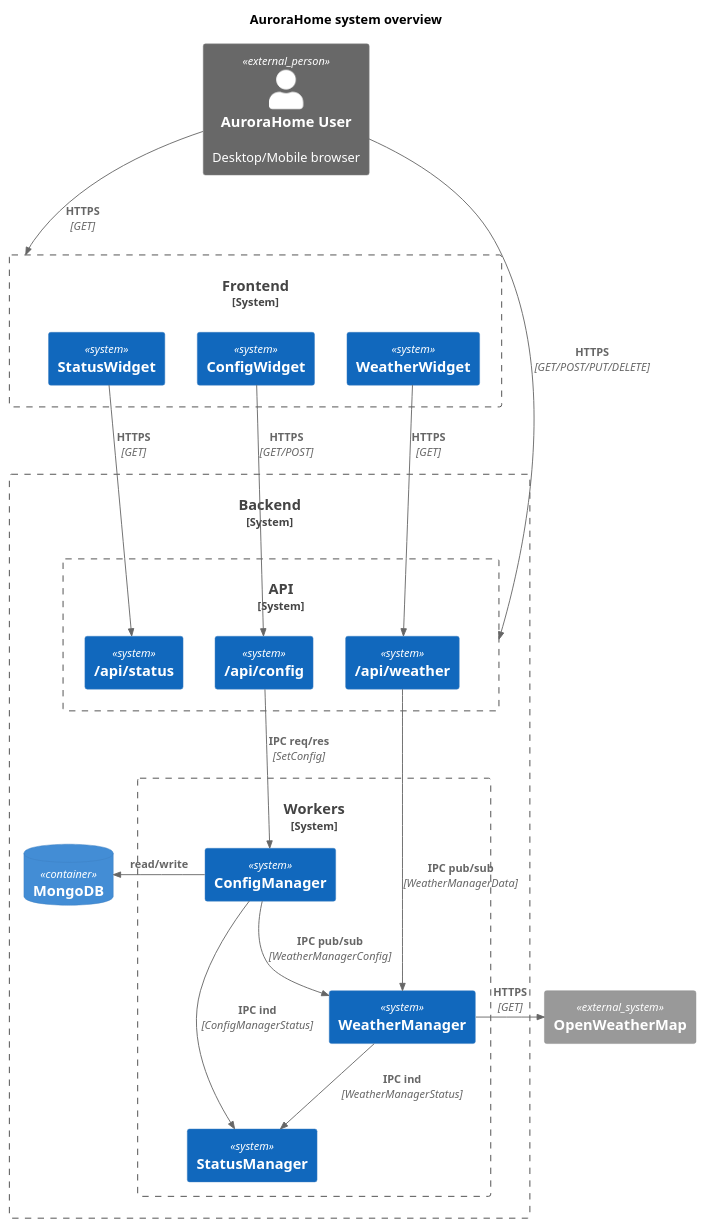
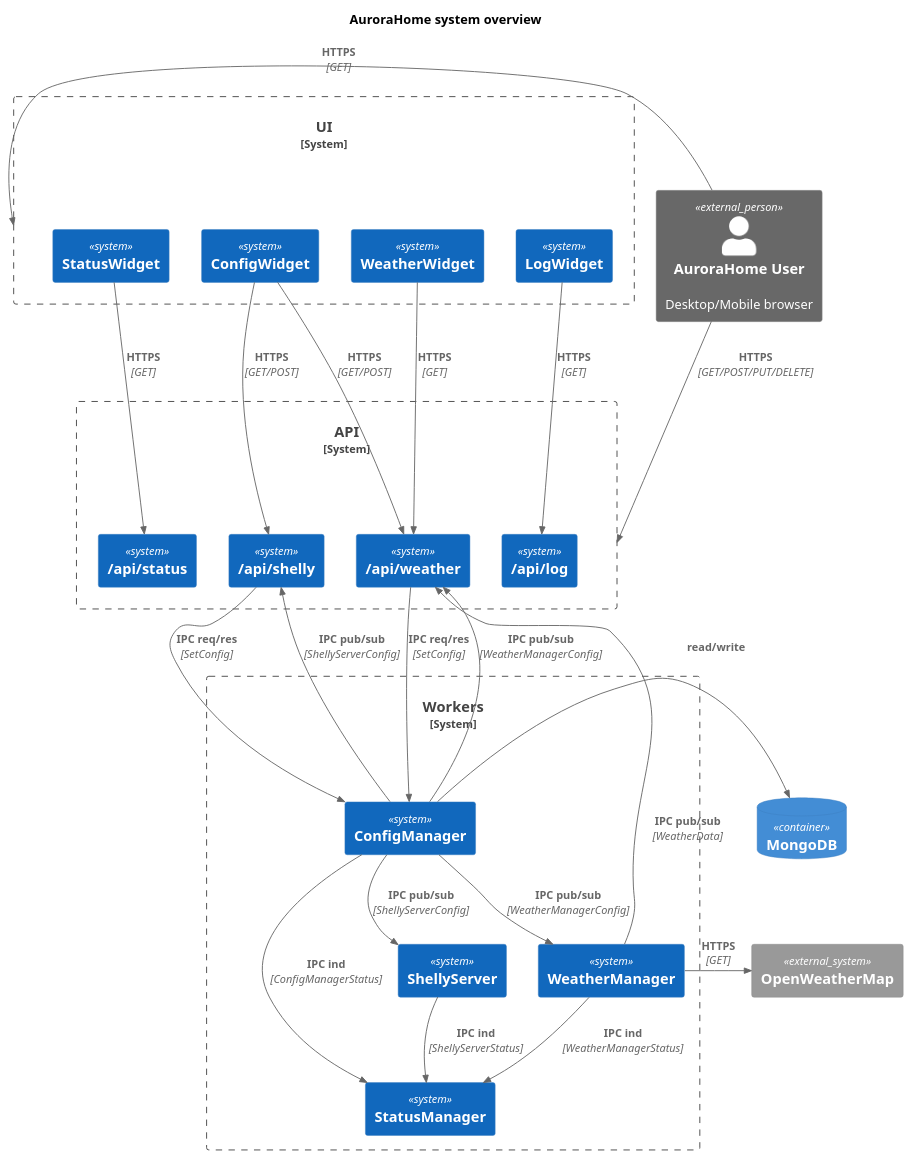
The diagram in doc/technical/system-overview.puml (sanderveldhuis/aurorahome), drawn with PlantUML before and after one commit. The commit also changed 1 other file, not shown here.

```diff
--- a/doc/technical/system-overview.puml
+++ b/doc/technical/system-overview.puml
@@ -1,44 +1,62 @@
 @startuml
 !include <C4/C4_Container.puml>
 
 title AuroraHome system overview
 
 Person_Ext(User, "AuroraHome User", "Desktop/Mobile browser")
 System_Ext(OpenWeatherMap, "OpenWeatherMap", "")
+ContainerDb(MongoDb, "MongoDB", "")
 
-System_Boundary(Frontend, "Frontend") {
+System_Boundary(Ui, "UI") {
   System(StatusWidget, "StatusWidget", "")
   System(ConfigWidget, "ConfigWidget", "")
   System(WeatherWidget, "WeatherWidget", "")
+  System(LogWidget, "LogWidget", "")
 }
 
-System_Boundary(Backend, "Backend") {
-  ContainerDb(MongoDb, "MongoDB", "")
-
-  System_Boundary(Api, "API") {
-    System(StatusApi, "/api/status", "")
-    System(ConfigApi, "/api/config", "")
-    System(WeatherApi, "/api/weather", "")
-  }
-
-  System_Boundary(Workers, "Workers") {
-    System(StatusManager, "StatusManager", "")
-    System(ConfigManager, "ConfigManager", "")
-    System(WeatherManager, "WeatherManager", "")
-  }
+System_Boundary(Api, "API") {
+  System(StatusApi, "/api/status", "")
+  System(WeatherApi, "/api/weather", "")
+  System(ShellyApi, "/api/shelly", "")
+  System(LogApi, "/api/log", "")
 }
 
+System_Boundary(Workers, "Workers") {
+  System(StatusManager, "StatusManager", "")
+  System(ConfigManager, "ConfigManager", "")
+  System(WeatherManager, "WeatherManager", "")
+  System(ShellyServer, "ShellyServer", "")
+}
+
+'User
 Rel_D(User, Api, "HTTPS", "GET/POST/PUT/DELETE")
-Rel_D(User, Frontend, "HTTPS", "GET")
+Rel_L(User, Ui, "HTTPS", "GET")
+
+'Widgets
 Rel_D(StatusWidget, StatusApi, "HTTPS", "GET")
-Rel_D(ConfigWidget, ConfigApi, "HTTPS", "GET/POST")
+Rel_D(ConfigWidget, WeatherApi, "HTTPS", "GET/POST")
 Rel_D(WeatherWidget, WeatherApi, "HTTPS", "GET")
-Rel_D(WeatherApi, WeatherManager, "IPC pub/sub", "WeatherManagerData")
-Rel_D(ConfigApi, ConfigManager, "IPC req/res", "SetConfig")
+Rel_D(ConfigWidget, ShellyApi, "HTTPS", "GET/POST")
+Rel_D(LogWidget, LogApi, "HTTPS", "GET")
+
+'Weather API
+Rel_U(WeatherManager, WeatherApi, "IPC pub/sub", "WeatherData")
+Rel_D(WeatherApi, ConfigManager, "IPC req/res", "SetConfig")
+Rel_D(ShellyApi, ConfigManager, "IPC req/res", "SetConfig")
+
+'Config publishes
 Rel_D(ConfigManager, WeatherManager, "IPC pub/sub", "WeatherManagerConfig")
+Rel_U(ConfigManager, WeatherApi, "IPC pub/sub", "WeatherManagerConfig")
+Rel_D(ConfigManager, ShellyServer, "IPC pub/sub", "ShellyServerConfig")
+Rel_U(ConfigManager, ShellyApi, "IPC pub/sub", "ShellyServerConfig")
+
+'Status reporting
+Rel_D(ConfigManager, StatusManager, "IPC ind", "ConfigManagerStatus")
+Rel_D(WeatherManager, StatusManager, "IPC ind", "WeatherManagerStatus")
+Rel_D(ShellyServer, StatusManager, "IPC ind", "ShellyServerStatus")
+
+'Others
 Rel_R(ConfigManager, MongoDb, "read/write")
 Rel_R(WeatherManager, OpenWeatherMap, "HTTPS", "GET")
-Rel_D(ConfigManager, StatusManager, "IPC ind", "ConfigManagerStatus")
-Rel_D(WeatherManager, StatusManager, "IPC ind", "WeatherManagerStatus")
 
 @enduml
```
